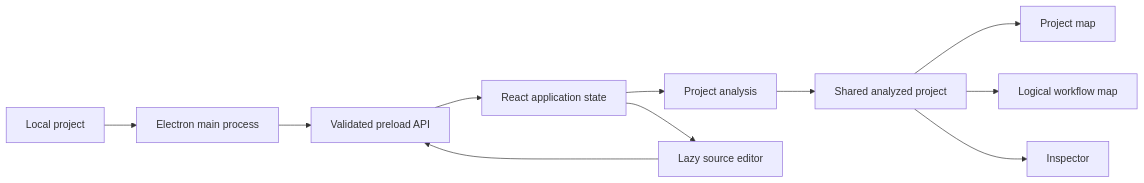
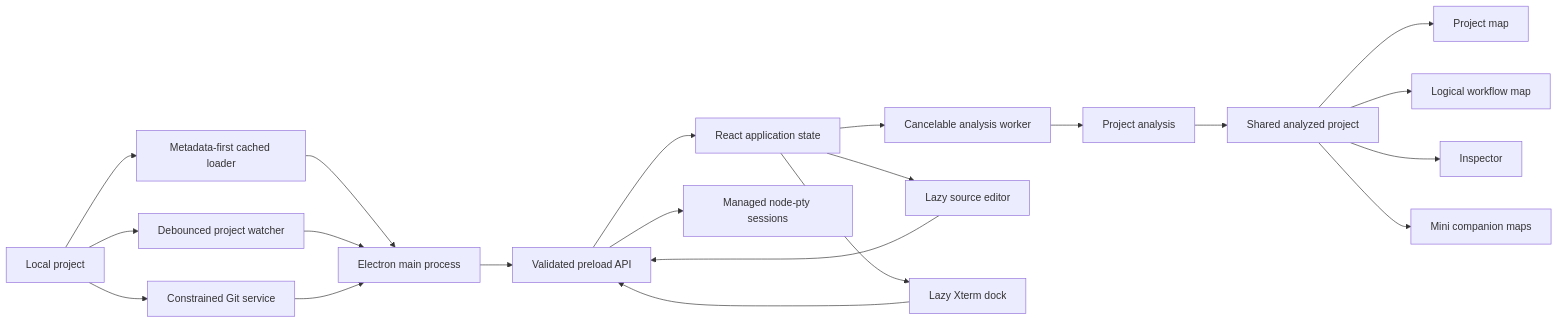
Before and after one commit to Jounaydh/Divex_visualizer: the diagram in docs/ARCHITECTURE.md, drawn with Mermaid. The commit also changed other lines of this file and 44 other files, not shown here.

Commit message:
Add IDE tools and Divex Mini companion

````diff
--- a/docs/ARCHITECTURE.md
+++ b/docs/ARCHITECTURE.md
@@ -9,13 +9,23 @@
 ```mermaid
 flowchart LR
-  FS["Local project"] --> MAIN["Electron main process"]
+  FS["Local project"] --> LOADER["Metadata-first cached loader"]
+  FS --> WATCH["Debounced project watcher"]
+  FS --> GIT["Constrained Git service"]
+  LOADER --> MAIN["Electron main process"]
+  WATCH --> MAIN
+  GIT --> MAIN
   MAIN --> IPC["Validated preload API"]
   IPC --> APP["React application state"]
-  APP --> ANALYSIS["Project analysis"]
+  APP --> WORKER["Cancelable analysis worker"]
+  WORKER --> ANALYSIS["Project analysis"]
   ANALYSIS --> MODEL["Shared analyzed project"]
   MODEL --> PMAP["Project map"]
   MODEL --> LMAP["Logical workflow map"]
   MODEL --> INSPECT["Inspector"]
+  MODEL --> MINI["Mini companion maps"]
   APP --> EDITOR["Lazy source editor"]
   EDITOR --> IPC
+  APP --> XTERM["Lazy Xterm dock"]
+  XTERM --> IPC
+  IPC --> PTY["Managed node-pty sessions"]
 ```
````
